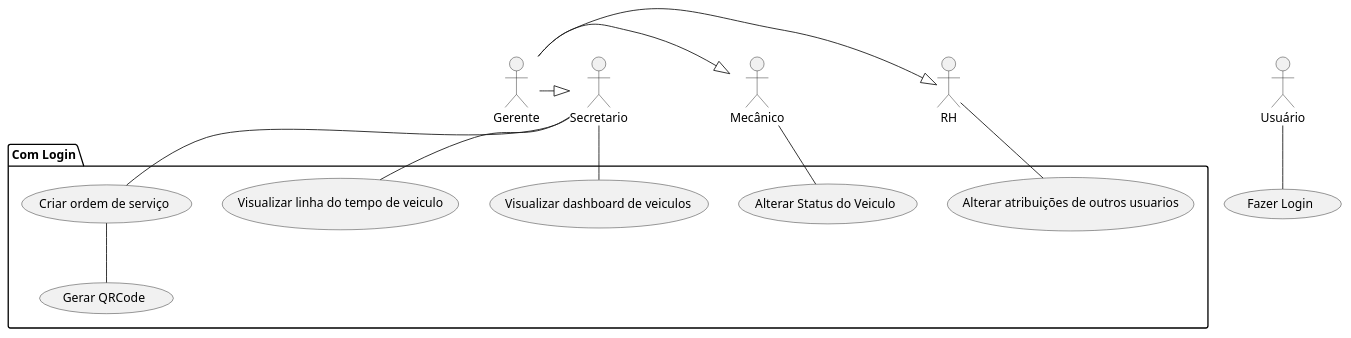
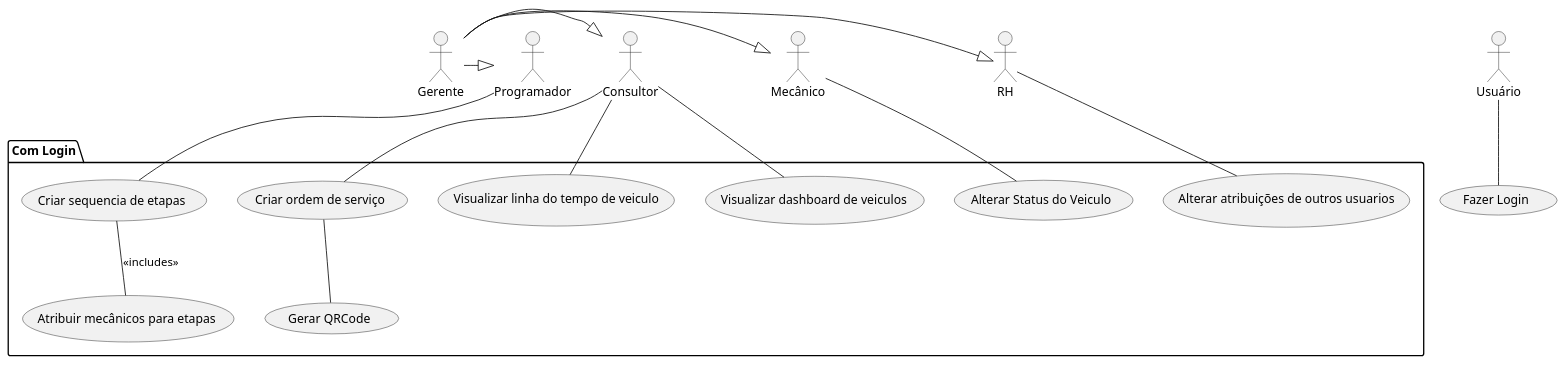
One commit to Thomas-Burrow/rastreador-docs changed the diagram in uml/usecases.puml. Above: the diagram before and after it, drawn with PlantUML. The commit also changed 1 other file, not shown here.

Commit message:
Atualize diagramas

```diff
--- a/uml/usecases.puml
+++ b/uml/usecases.puml
@@ -1,29 +1,36 @@
 @startuml UseCasesRast
 actor :Usuário: as user
 actor :Mecânico: as mechanic
 actor :RH: as rh
 actor :Gerente: as manager
-actor :Secretario: as desk
+actor :Consultor: as desk
+actor :Programador: as prog
 manager -|> rh
 manager -|> mechanic
 manager -|> desk
+manager -|> prog
+
 
 user -- (Fazer Login)
 
 package "Com Login" {
     usecase "Visualizar dashboard de veiculos" as UC1
     usecase "Alterar atribuições de outros usuarios" as UC2
     usecase "Criar ordem de serviço" as UC3
     usecase "Visualizar linha do tempo de veiculo" as UC4
     usecase "Alterar Status do Veiculo" as UC5
     usecase "Gerar QRCode" as UC6
+    usecase "Criar sequencia de etapas" as UC7
+    usecase "Atribuir mecânicos para etapas" as UC8
 }
 
 desk -- UC1
 rh -- UC2
 desk -- UC3
 UC3 -- UC6
 desk -- UC4
 mechanic -- UC5
+prog -- UC7
+UC7 -- UC8 : <<includes>>
 
 @enduml
```
